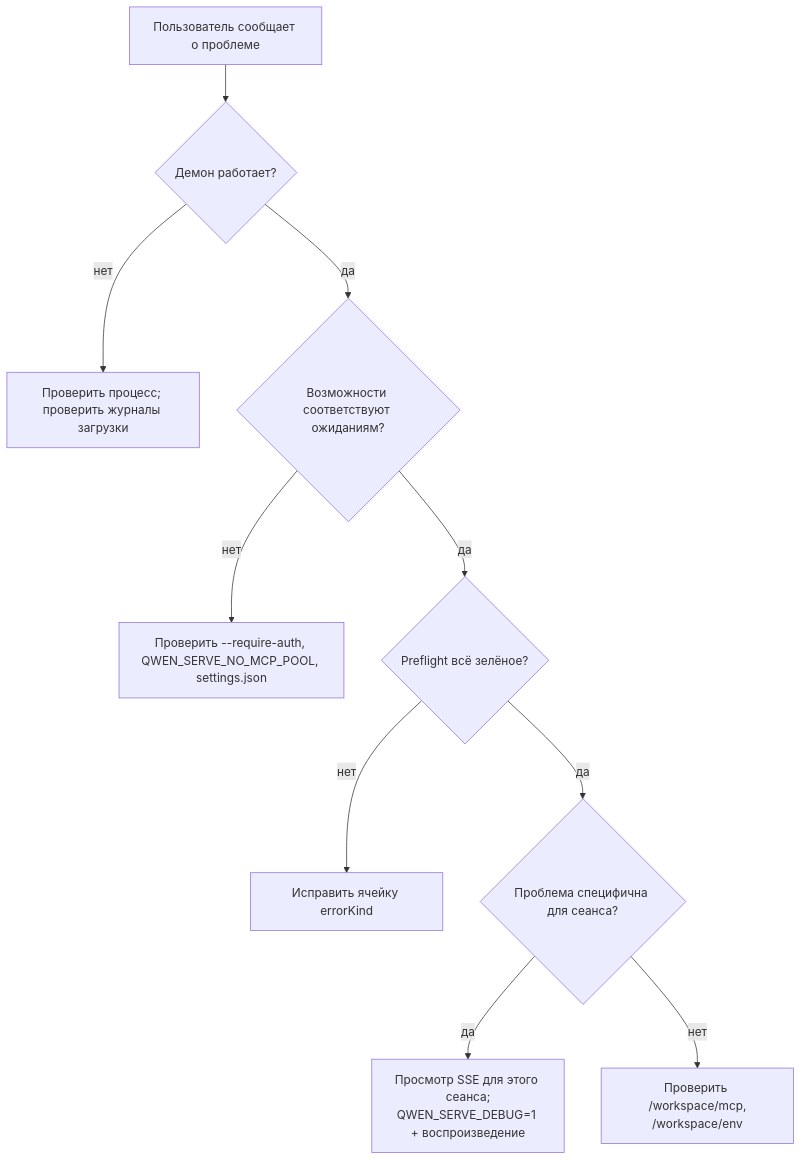
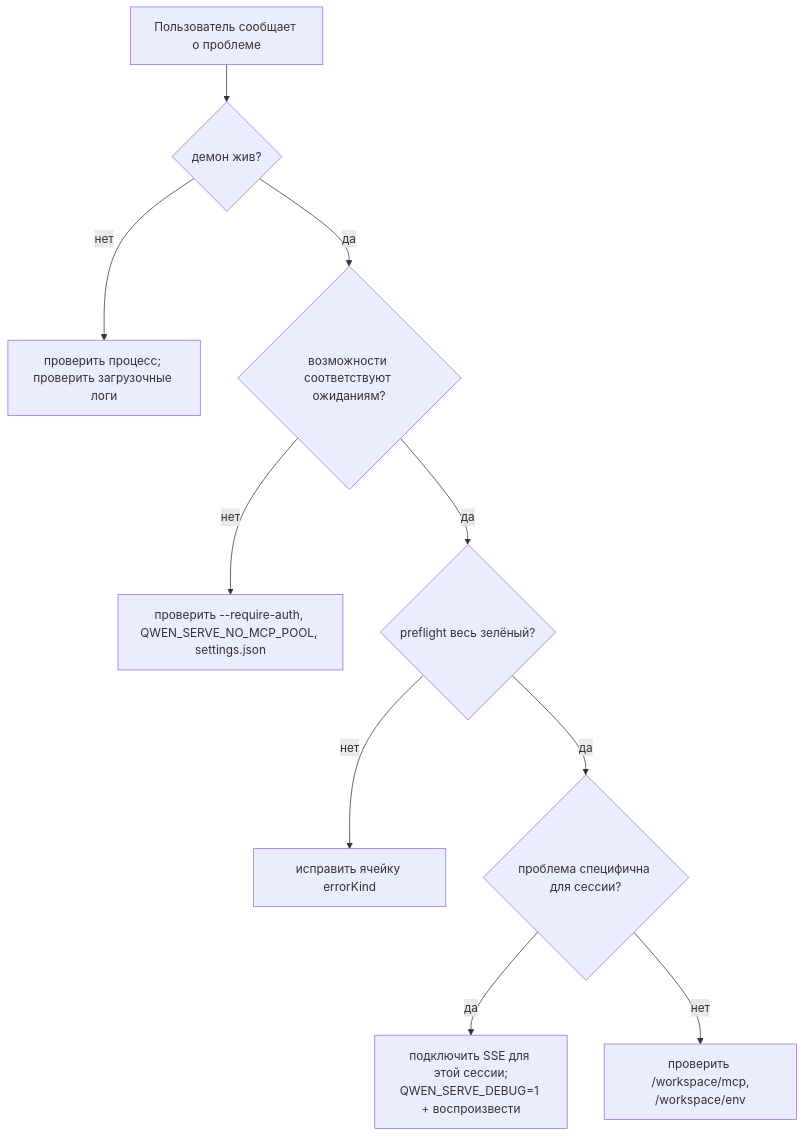
Before and after one commit to QwenLM/qwen-code-docs: the diagram in website/content/ru/developers/daemon/19-observability.md, drawn with Mermaid. The commit also changed other lines of this file and 1077 other files, not shown here.

````diff
--- a/website/content/ru/developers/daemon/19-observability.md
+++ b/website/content/ru/developers/daemon/19-observability.md
@@ -97,12 +98,12 @@
 ```mermaid
 flowchart TD
-    A[Пользователь сообщает о проблеме] --> B{Демон работает?}
-    B -->|нет| BD[Проверить процесс; проверить журналы загрузки]
-    B -->|да| C{Возможности соответствуют ожиданиям?}
-    C -->|нет| CD["Проверить --require-auth, QWEN_SERVE_NO_MCP_POOL, settings.json"]
-    C -->|да| D{Preflight всё зелёное?}
-    D -->|нет| DD["Исправить ячейку errorKind"]
-    D -->|да| E{Проблема специфична для сеанса?}
-    E -->|да| ES["Просмотр SSE для этого сеанса;<br/>QWEN_SERVE_DEBUG=1 + воспроизведение"]
-    E -->|нет| EW["Проверить /workspace/mcp,<br/>/workspace/env"]
+    A[Пользователь сообщает о проблеме] --> B{демон жив?}
+    B -->|нет| BD[проверить процесс; проверить загрузочные логи]
+    B -->|да| C{возможности соответствуют ожиданиям?}
+    C -->|нет| CD["проверить --require-auth, QWEN_SERVE_NO_MCP_POOL, settings.json"]
+    C -->|да| D{preflight весь зелёный?}
+    D -->|нет| DD["исправить ячейку errorKind"]
+    D -->|да| E{проблема специфична для сессии?}
+    E -->|да| ES["подключить SSE для этой сессии;<br/>QWEN_SERVE_DEBUG=1 + воспроизвести"]
+    E -->|нет| EW["проверить /workspace/mcp,<br/>/workspace/env"]
 ```
````
